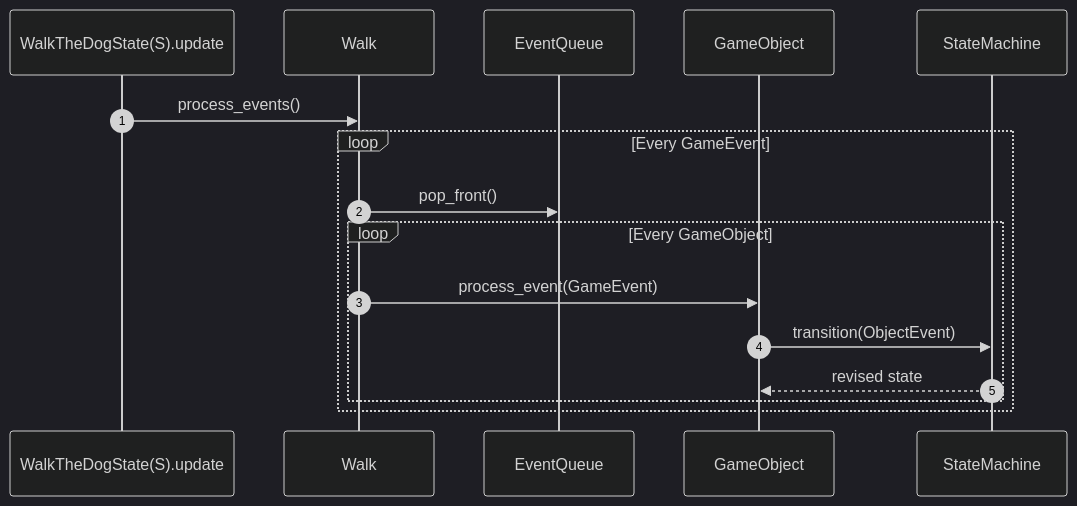
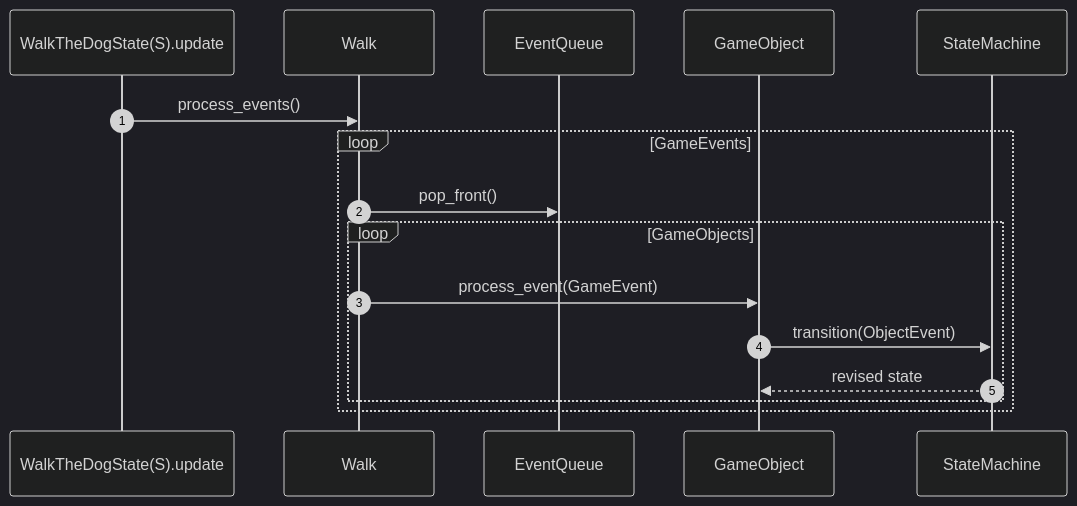
The second of 2 diagrams in src/game/README.md (jorge-gonzalez-lexia/walk-the-dog), drawn with Mermaid (dark theme) before and after one commit. The commit also changed other lines of this file and 2 other files, not shown here.

Commit message:
doc: update READMEs

````diff
--- a/src/game/README.md
+++ b/src/game/README.md
@@ -27,13 +27,13 @@
 ```mermaid
 sequenceDiagram
   autonumber
   WalkTheDogState(S).update->>Walk: process_events()
-  loop Every GameEvent
+  loop GameEvents
     Walk->>EventQueue: pop_front()
-    loop Every GameObject
+    loop GameObjects
       Walk->>GameObject: process_event(GameEvent)
       GameObject->>StateMachine: transition(ObjectEvent)
       StateMachine-->>GameObject: revised state
     end
   end
 ```
````
